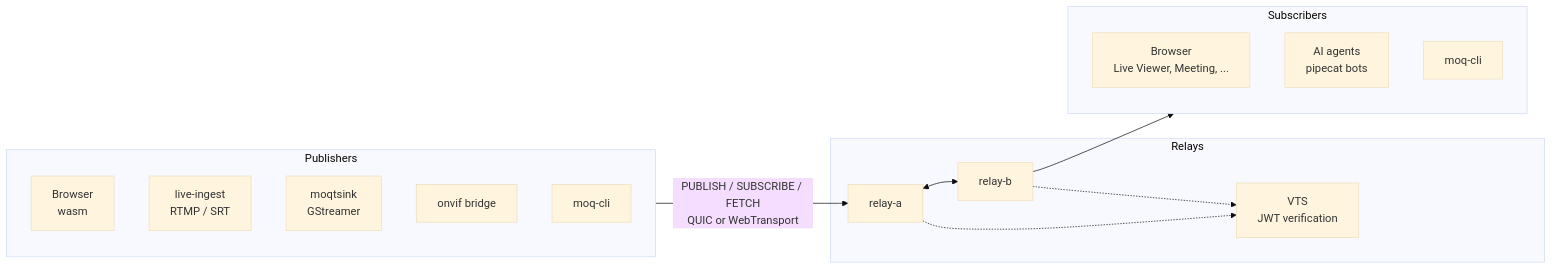
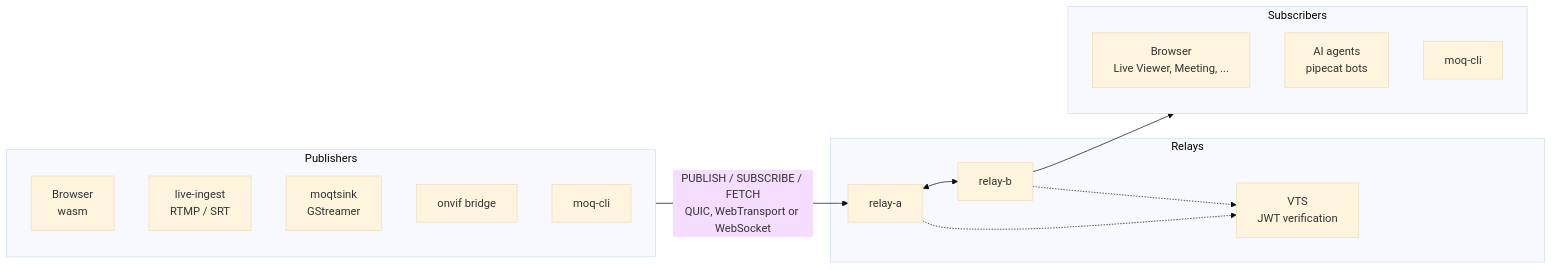
One commit to nttcom/moq-wasm changed the diagram in README.md. Above: the diagram before and after it, drawn with Mermaid (base theme). The commit also changed other lines of this file, not shown here.

Commit message:
docs: say clients also reach the relay over WebSocket

````diff
--- a/README.md
+++ b/README.md
@@ -88,23 +88,23 @@
 ```mermaid
 flowchart LR
     subgraph Publishers
         B1[Browser<br/>wasm]
         LI[live-ingest<br/>RTMP / SRT]
         GS[moqtsink<br/>GStreamer]
         ON[onvif bridge]
         CLI[moq-cli]
     end
     subgraph Relays
         RA[relay-a] <--> RB[relay-b]
         VTS[VTS<br/>JWT verification]
         RA -.-> VTS
         RB -.-> VTS
     end
     subgraph Subscribers
         B2[Browser<br/>Live Viewer, Meeting, ...]
         BOT[AI agents<br/>pipecat bots]
         CLI2[moq-cli]
     end
-    Publishers -- PUBLISH / SUBSCRIBE / FETCH<br/>QUIC or WebTransport --> RA
+    Publishers -- PUBLISH / SUBSCRIBE / FETCH<br/>QUIC, WebTransport or WebSocket --> RA
     RB --> Subscribers
 ```
````
